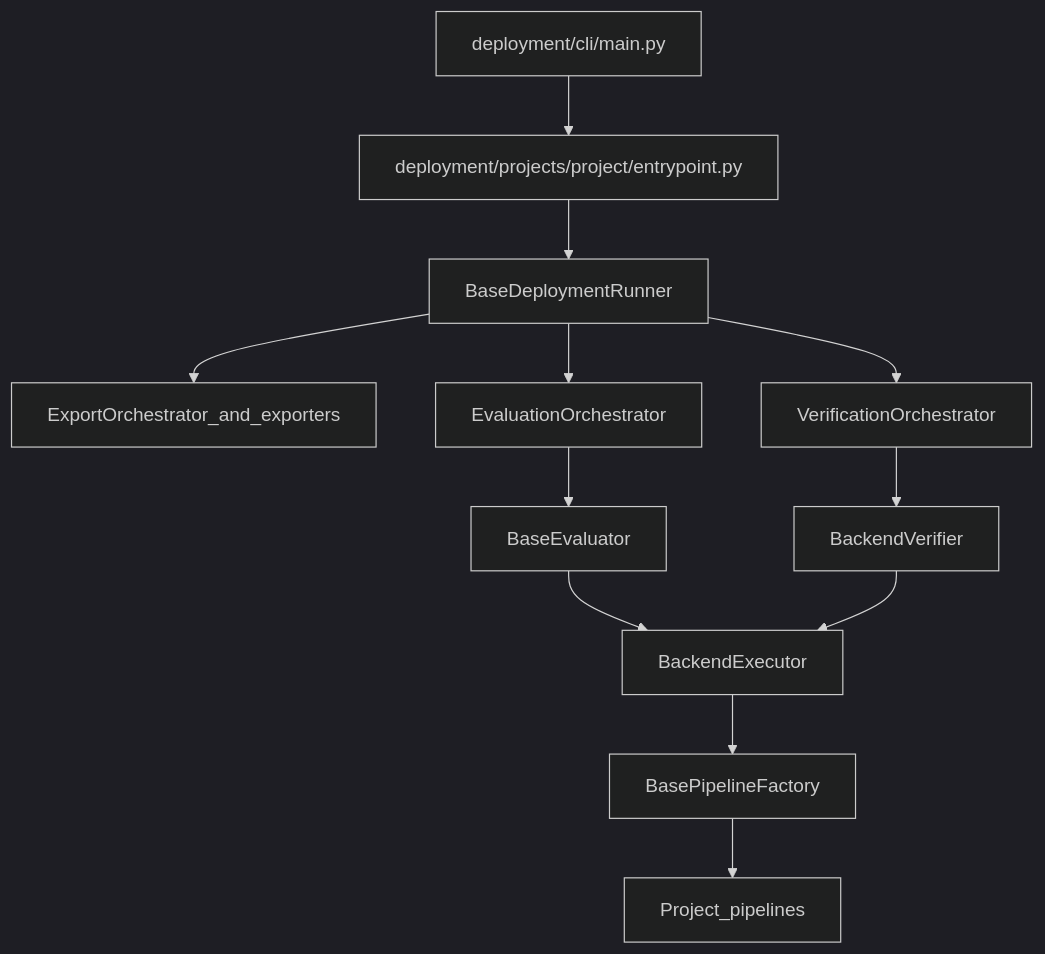
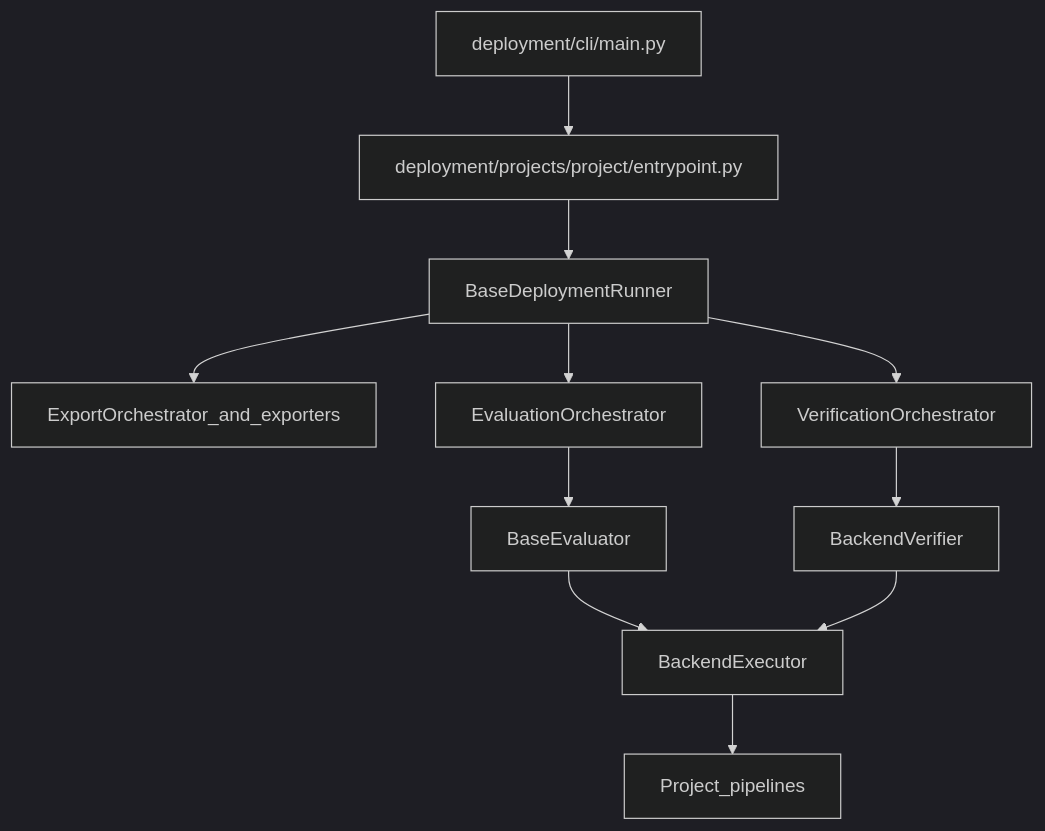
The diagram in deployment/docs/architecture.md (vividf/AWML), drawn with Mermaid (dark theme) before and after one commit. The commit also changed other lines of this file and 20 other files, not shown here.

````diff
--- a/deployment/docs/architecture.md
+++ b/deployment/docs/architecture.md
@@ -15,14 +15,13 @@
 ```mermaid
 flowchart TD
     cli["deployment/cli/main.py"] --> projectBundle["deployment/projects/project/entrypoint.py"]
     projectBundle --> runner["BaseDeploymentRunner"]
     runner --> exportStack["ExportOrchestrator_and_exporters"]
     runner --> evalOrch["EvaluationOrchestrator"]
     runner --> verifyOrch["VerificationOrchestrator"]
     evalOrch --> evaluator["BaseEvaluator"]
     verifyOrch --> verifier["BackendVerifier"]
     evaluator --> executor["BackendExecutor"]
     verifier --> executor
-    executor --> pipelineFactory["BasePipelineFactory"]
-    pipelineFactory --> projectPipelines["Project_pipelines"]
+    executor --> projectPipelines["Project_pipelines"]
 ```
````
